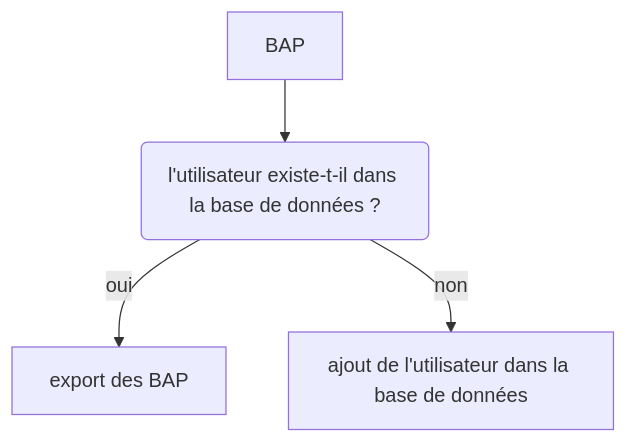
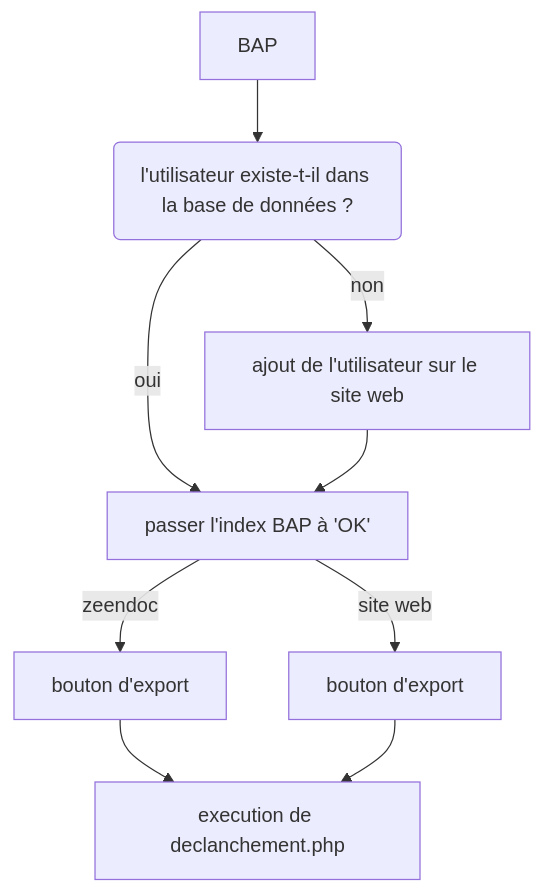
One commit to Mhivelin/exportBAP changed the diagram in README.md. Above: the diagram before and after it, drawn with Mermaid.

````diff
--- a/README.md
+++ b/README.md
@@ -6,6 +6,12 @@
 ```mermaid
 graph TD;
    A[BAP]-->B(l'utilisateur existe-t-il dans la base de données ?);
-   B-->|oui|C[export des BAP]
-   B-->|non|D[ajout de l'utilisateur dans la base de données]
+   B-->|oui|C[passer l'index BAP à 'OK'];
+   B-->|non|D[ajout de l'utilisateur sur le site web];
+   C-->| zeendoc |E[bouton d'export]
+   C-->| site web |F[bouton d'export]
+   D-->C
+   E-->G[execution de declanchement.php]
+   F-->G
+
 ```
````
